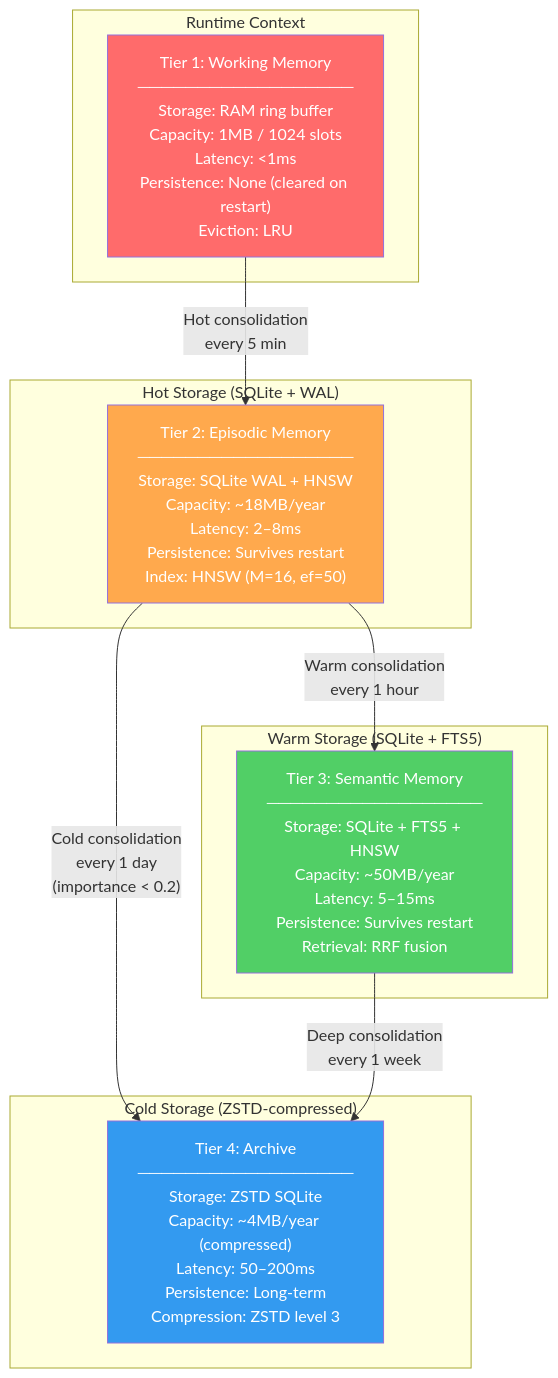
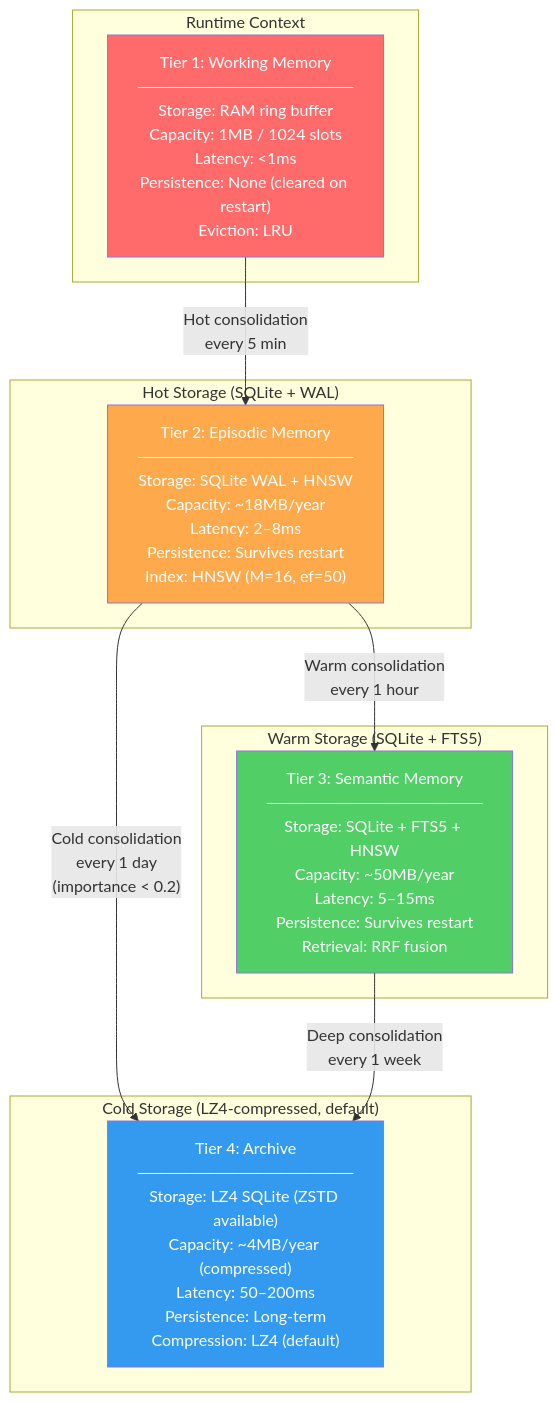
Before and after one commit to AdityaPagare619/aura: the first of 3 diagrams in docs/architecture/AURA-V4-MEMORY-AND-DATA-ARCHITECTURE.md, drawn with Mermaid. The commit also changed other lines of this file and 131 other files, not shown here.

````diff
--- a/docs/architecture/AURA-V4-MEMORY-AND-DATA-ARCHITECTURE.md
+++ b/docs/architecture/AURA-V4-MEMORY-AND-DATA-ARCHITECTURE.md
@@ -100,28 +100,28 @@
 ```mermaid
 graph TD
     subgraph Runtime["Runtime Context"]
         WM["Tier 1: Working Memory\n──────────────────\nStorage: RAM ring buffer\nCapacity: 1MB / 1024 slots\nLatency: &lt;1ms\nPersistence: None (cleared on restart)\nEviction: LRU"]
     end
 
     subgraph HotStorage["Hot Storage (SQLite + WAL)"]
         EM["Tier 2: Episodic Memory\n──────────────────\nStorage: SQLite WAL + HNSW\nCapacity: ~18MB/year\nLatency: 2–8ms\nPersistence: Survives restart\nIndex: HNSW (M=16, ef=50)"]
     end
 
     subgraph WarmStorage["Warm Storage (SQLite + FTS5)"]
         SM["Tier 3: Semantic Memory\n──────────────────\nStorage: SQLite + FTS5 + HNSW\nCapacity: ~50MB/year\nLatency: 5–15ms\nPersistence: Survives restart\nRetrieval: RRF fusion"]
     end
 
-    subgraph ColdStorage["Cold Storage (ZSTD-compressed)"]
-        AR["Tier 4: Archive\n──────────────────\nStorage: ZSTD SQLite\nCapacity: ~4MB/year (compressed)\nLatency: 50–200ms\nPersistence: Long-term\nCompression: ZSTD level 3"]
+    subgraph ColdStorage["Cold Storage (LZ4-compressed, default)"]
+        AR["Tier 4: Archive\n──────────────────\nStorage: LZ4 SQLite (ZSTD available)\nCapacity: ~4MB/year (compressed)\nLatency: 50–200ms\nPersistence: Long-term\nCompression: LZ4 (default)"]
     end
 
     WM -->|"Hot consolidation\nevery 5 min"| EM
     EM -->|"Warm consolidation\nevery 1 hour"| SM
     EM -->|"Cold consolidation\nevery 1 day\n(importance < 0.2)"| AR
     SM -->|"Deep consolidation\nevery 1 week"| AR
 
     style WM fill:#ff6b6b,color:#fff
     style EM fill:#ffa94d,color:#fff
     style SM fill:#51cf66,color:#fff
     style AR fill:#339af0,color:#fff
 ```
````
